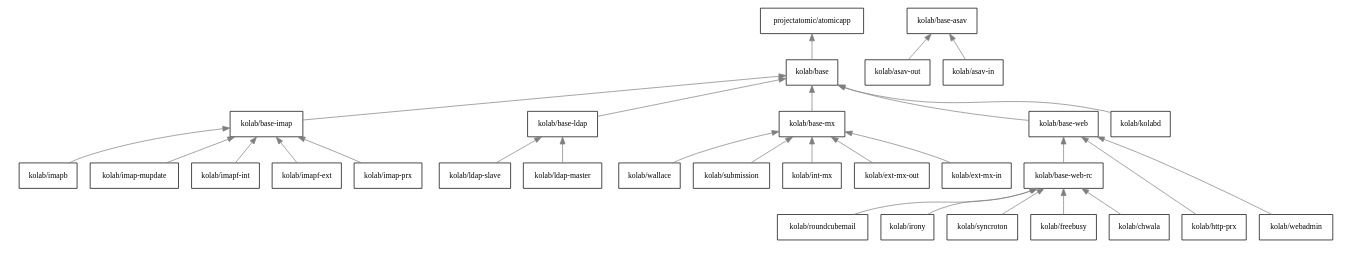
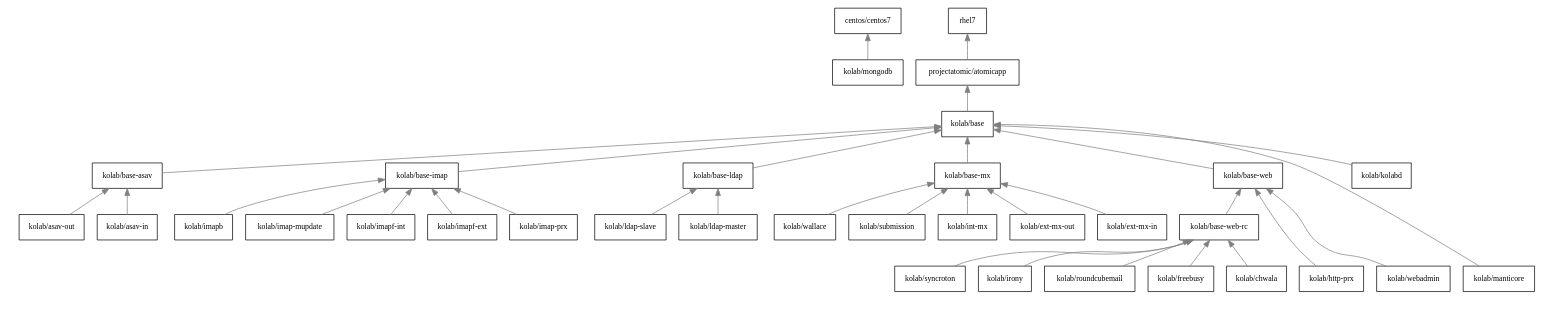
Before and after one commit to kanarip/kolab-atomicapp: the first of 2 diagrams in docs/index.rst, drawn with Graphviz. The commit also changed other lines of this file and 31 other files, not shown here.

```diff
--- a/docs/index.rst
+++ b/docs/index.rst
@@ -17,7 +17,9 @@
             edge [color=gray50, fontname=Calibri, fontsize=11];
             node [shape=record, fontname=Calibri, fontsize=11];
 
+            "centos/centos7";
             "projectatomic/atomicapp";
+            "rhel7";
 
             "kolab/base";
             "kolab/base-asav";
@@ -26,6 +28,8 @@
             "kolab/base-mx";
             "kolab/base-web";
             "kolab/base-web-rc";
+
+            "kolab/mongodb";
 
             subgraph cluster_asav {
                     color = white;
@@ -70,18 +74,23 @@
                     "kolab/freebusy";
                     "kolab/http-prx";
                     "kolab/irony";
+                    "kolab/manticore";
                     "kolab/roundcubemail";
                     "kolab/syncroton";
                     "kolab/webadmin";
                 }
 
+            "centos/centos7" -> "kolab/mongodb" [dir=back];
+            "rhel7" -> "projectatomic/atomicapp" [dir=back];
             "projectatomic/atomicapp" -> "kolab/base" [dir=back];
 
+            "kolab/base" -> "kolab/base-asav" [dir=back];
             "kolab/base" -> "kolab/base-imap" [dir=back];
             "kolab/base" -> "kolab/base-ldap" [dir=back];
             "kolab/base" -> "kolab/base-mx" [dir=back];
             "kolab/base" -> "kolab/base-web" [dir=back];
             "kolab/base" -> "kolab/kolabd" [dir=back];
+            "kolab/base" -> "kolab/manticore" [dir=back];
 
             "kolab/base-asav" ->
                     "kolab/asav-in",
```
